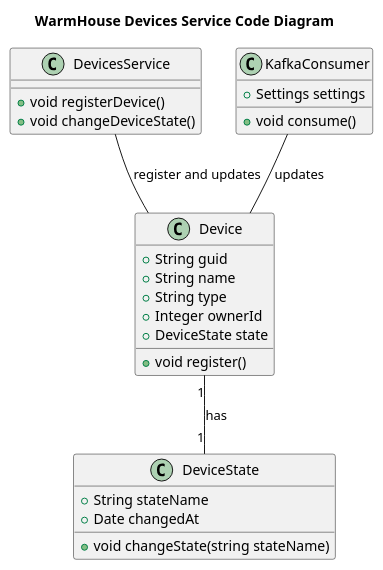
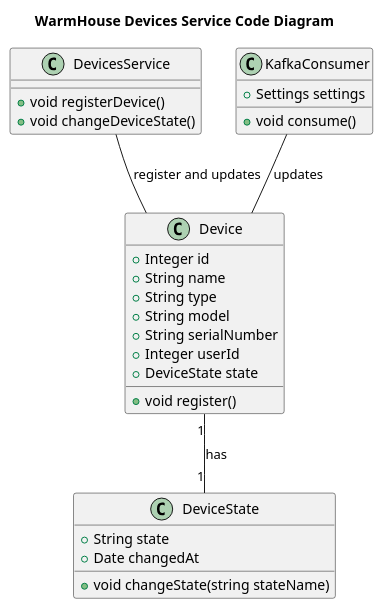
The diagram in docs/С4_code_devices.puml (Tazya/architecture-sprint-3), drawn with PlantUML before and after one commit. The commit also changed 6 other files, not shown here.

```diff
--- a/docs/С4_code_devices.puml
+++ b/docs/С4_code_devices.puml
@@ -1,35 +1,37 @@
 @startuml
 title WarmHouse Devices Service Code Diagram
 
 top to bottom direction
 
 class Device {
-  +String guid
+  +Integer id
   +String name
   +String type
-  +Integer ownerId
+  +String model
+  +String serialNumber
+  +Integer userId
   +DeviceState state
   +void register()
 }
 
 class DeviceState {
-  +String stateName
+  +String state
   +Date changedAt
   +void changeState(string stateName)
 }
 
 class DevicesService {
   +void registerDevice()
   +void changeDeviceState()
 }
 
 class KafkaConsumer {
   +Settings settings
   +void consume()
 }
 
 Device "1" -- "1" DeviceState : has
 KafkaConsumer -- Device : updates
 DevicesService -- Device : register and updates
 
 @enduml
```
